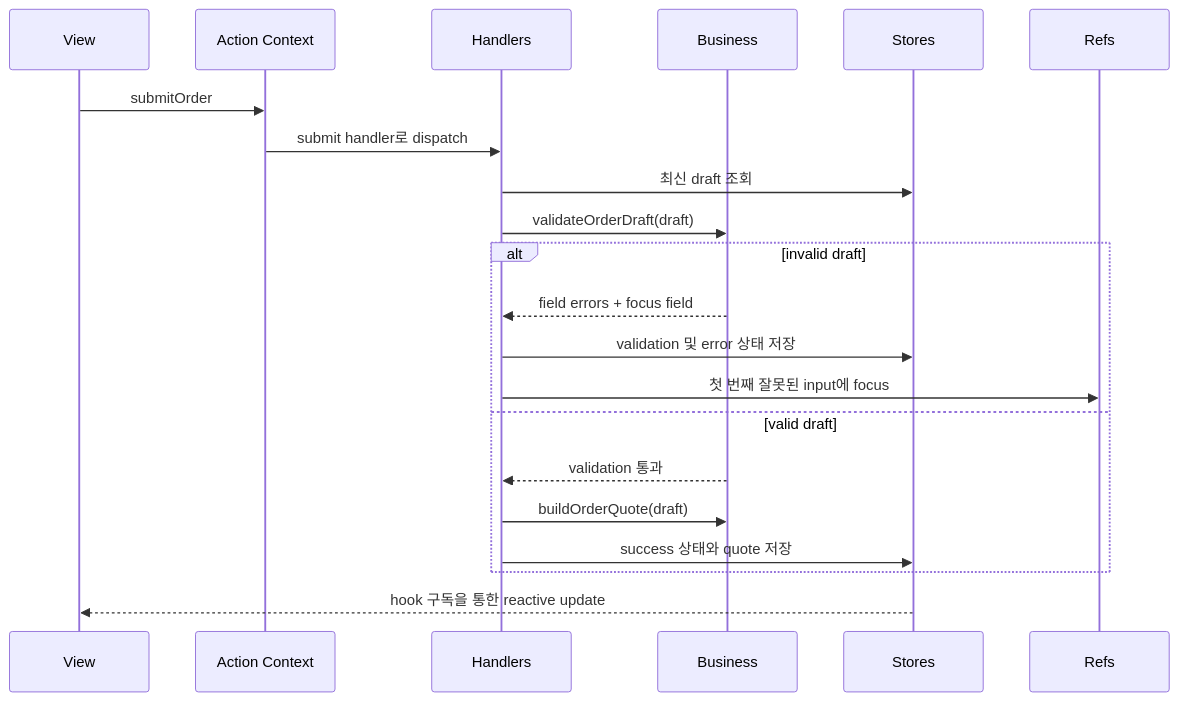
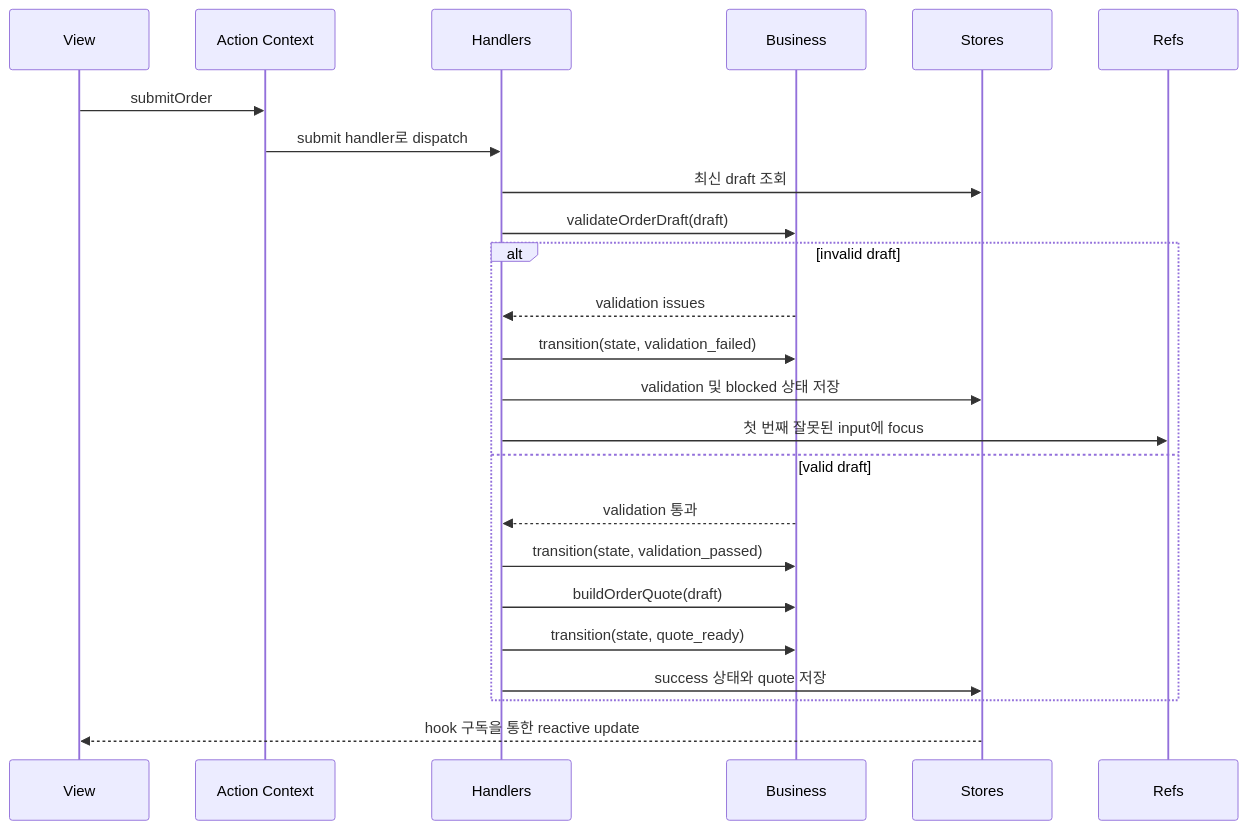
The first of 2 diagrams in docs/ko/examples/canonical-order-form.md (mineclover/context-action), drawn with Mermaid before and after one commit. The commit also changed other lines of this file and 95 other files, not shown here.

````diff
--- a/docs/ko/examples/canonical-order-form.md
+++ b/docs/ko/examples/canonical-order-form.md
@@ -45,24 +53,27 @@
 ```mermaid
 sequenceDiagram
     participant View
     participant Action as Action Context
     participant Handler as Handlers
     participant Business as Business
     participant Store as Stores
     participant Ref as Refs
 
     View->>Action: submitOrder
     Action->>Handler: submit handler로 dispatch
     Handler->>Store: 최신 draft 조회
     Handler->>Business: validateOrderDraft(draft)
     alt invalid draft
-        Business-->>Handler: field errors + focus field
-        Handler->>Store: validation 및 error 상태 저장
+        Business-->>Handler: validation issues
+        Handler->>Business: transition(state, validation_failed)
+        Handler->>Store: validation 및 blocked 상태 저장
         Handler->>Ref: 첫 번째 잘못된 input에 focus
     else valid draft
         Business-->>Handler: validation 통과
+        Handler->>Business: transition(state, validation_passed)
         Handler->>Business: buildOrderQuote(draft)
+        Handler->>Business: transition(state, quote_ready)
         Handler->>Store: success 상태와 quote 저장
     end
     Store-->>View: hook 구독을 통한 reactive update
 ```
````
